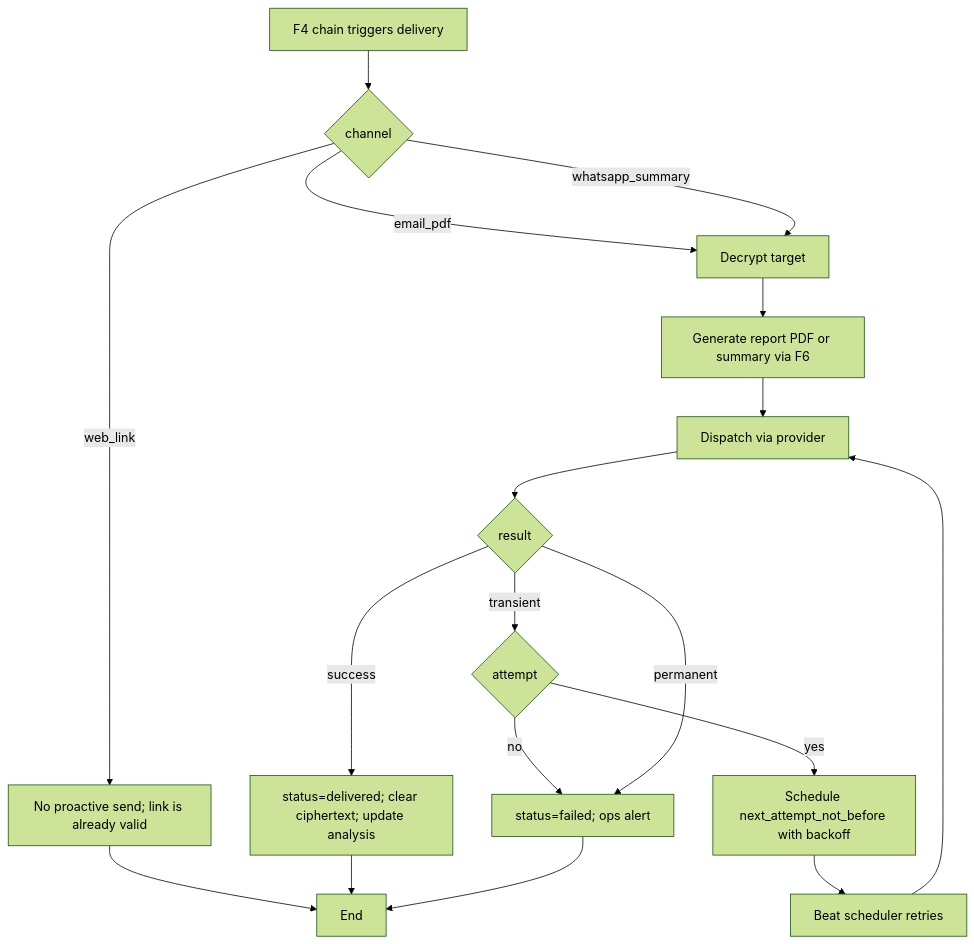
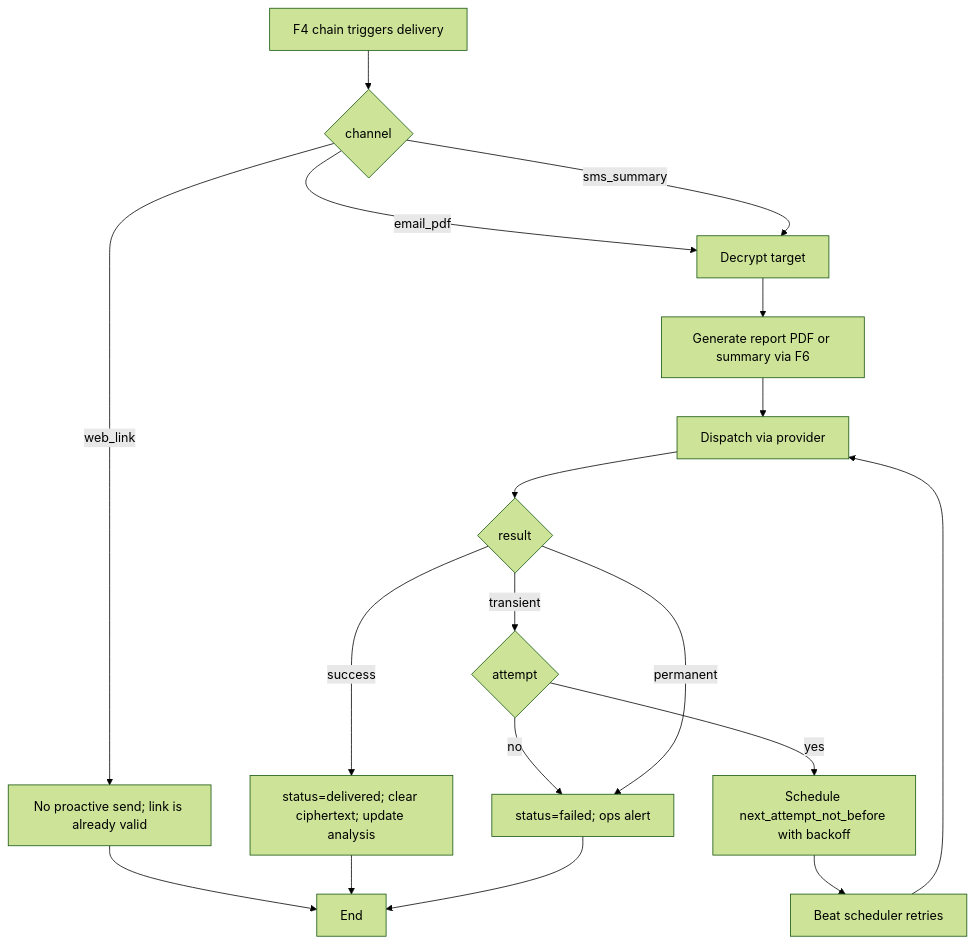
Before and after one commit to Casa-Segura/casa-segura: the tenth of 12 diagrams in docs/analysis/F7_entrega_multicanal/SOLUTION_DIAGRAMS.md, drawn with Mermaid (forest theme). The commit also changed other lines of this file and 67 other files, not shown here.

````diff
--- a/docs/analysis/F7_entrega_multicanal/SOLUTION_DIAGRAMS.md
+++ b/docs/analysis/F7_entrega_multicanal/SOLUTION_DIAGRAMS.md
@@ -283,20 +283,20 @@
 ```mermaid
 flowchart TD
     A[F4 chain triggers delivery] --> B{channel}
     B -->|web_link| C[No proactive send; link is already valid]
     B -->|email_pdf| D[Decrypt target]
-    B -->|whatsapp_summary| D
+    B -->|sms_summary| D
     D --> E[Generate report PDF or summary via F6]
     E --> F[Dispatch via provider]
     F --> G{result}
     G -->|success| H[status=delivered; clear ciphertext; update analysis]
     G -->|transient| I{attempt<max}
     I -->|yes| J[Schedule next_attempt_not_before with backoff]
     I -->|no| K[status=failed; ops alert]
     G -->|permanent| K
     C --> Z[End]
     H --> Z
     K --> Z
     J --> L[Beat scheduler retries]
     L --> F
 ```
````
